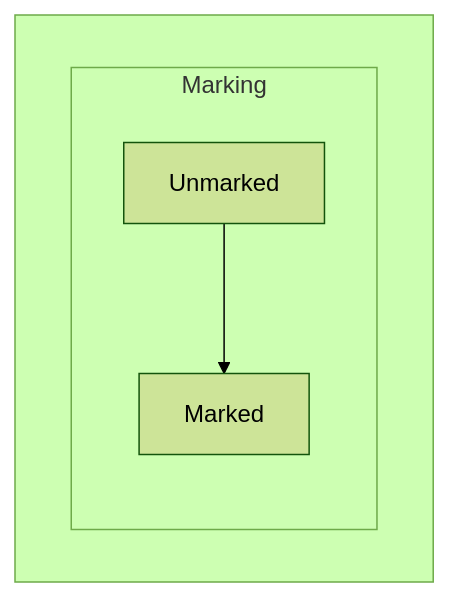
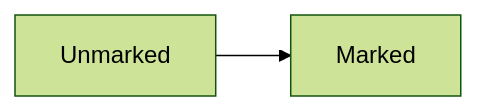
Before and after one commit to yminsky/the-saga-of-runtime5: the first of 7 diagrams in talk-general.md, drawn with Mermaid (forest theme). The commit also changed other lines of this file and 7 other files, not shown here.

Commit message:
Added heap-marking diagram

````diff
--- a/talk-general.md
+++ b/talk-general.md
@@ -81,9 +76,4 @@
 ```mermaid +render
-graph TB
-    subgraph " "
-        direction LR
-        subgraph "Marking"
-            Unmarked --> Marked
-        end
-    end
+graph LR
+Unmarked --> Marked
 ```
````
